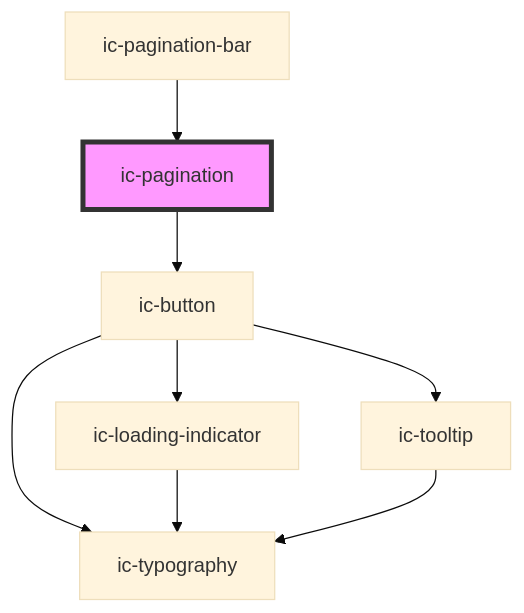
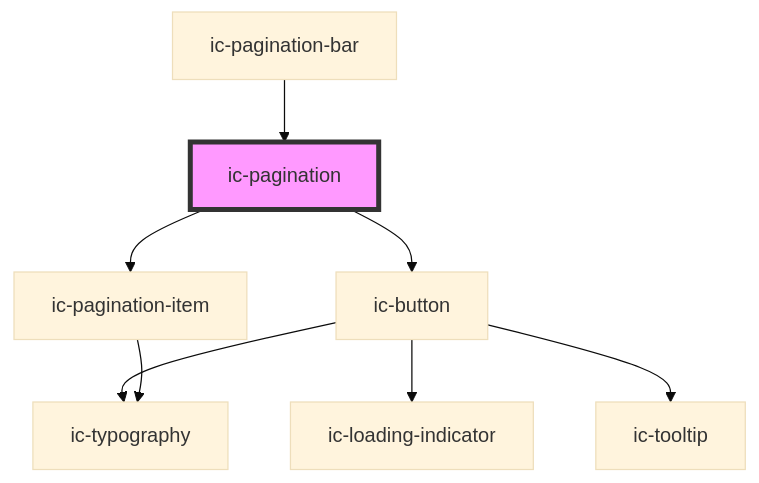
One commit to mi6/ic-ui-kit changed the diagram in packages/web-components/src/components/ic-pagination/readme.md. Above: the diagram before and after it, drawn with Mermaid (base theme). The commit also changed other lines of this file and 24 other files, not shown here.

````diff
--- a/packages/web-components/src/components/ic-pagination/readme.md
+++ b/packages/web-components/src/components/ic-pagination/readme.md
@@ -64,11 +67,11 @@
 ```mermaid
 graph TD;
   ic-pagination --> ic-button
+  ic-pagination --> ic-pagination-item
+  ic-pagination-bar --> ic-pagination
   ic-button --> ic-typography
   ic-button --> ic-loading-indicator
   ic-button --> ic-tooltip
-  ic-loading-indicator --> ic-typography
-  ic-tooltip --> ic-typography
-  ic-pagination-bar --> ic-pagination
+  ic-pagination-item --> ic-typography
   style ic-pagination fill:#f9f,stroke:#333,stroke-width:4px
 ```
````
